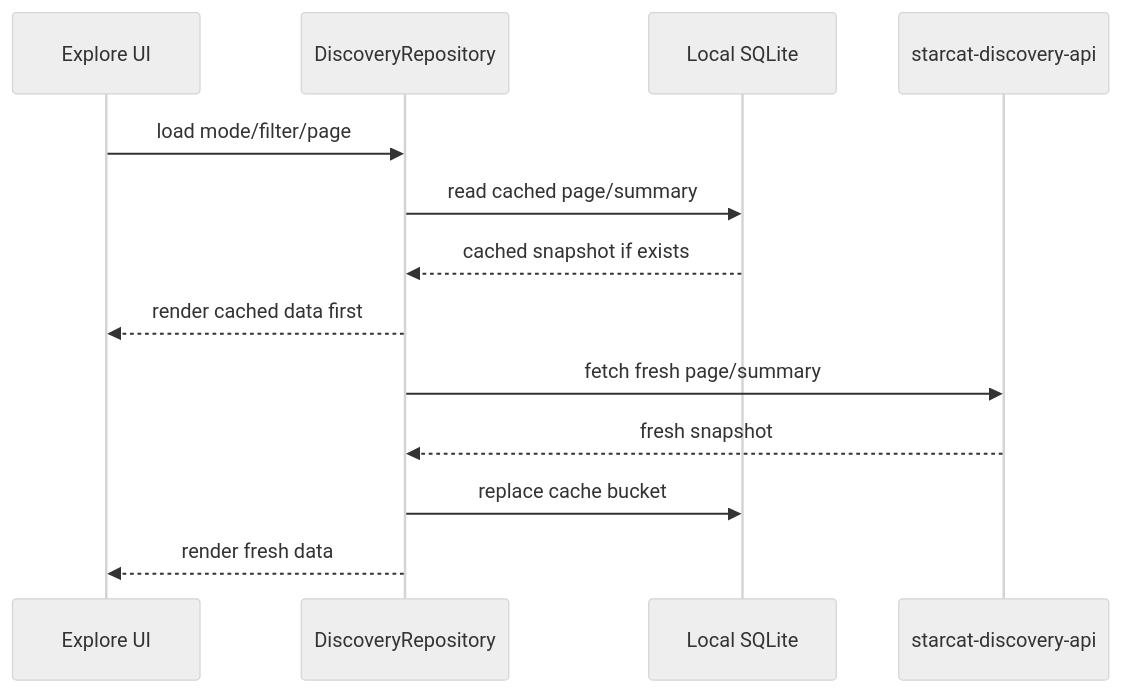
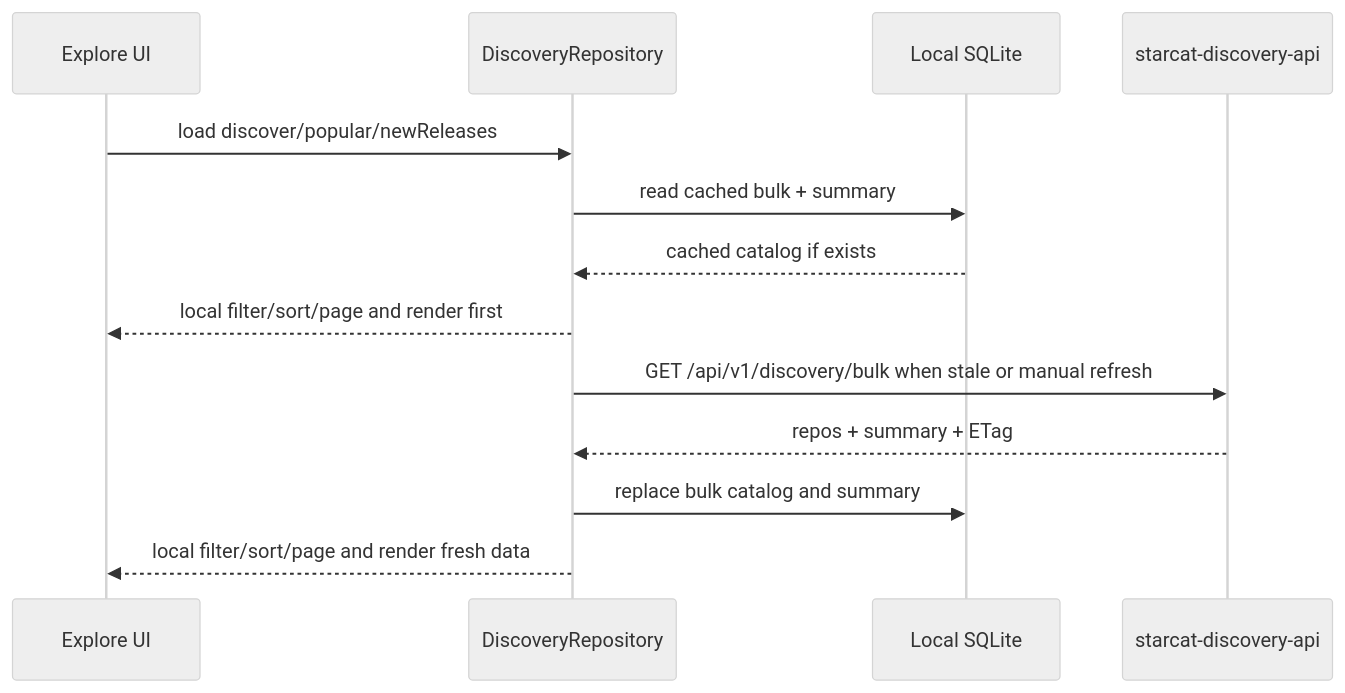
One commit to starcat-app/Starcat changed the third of 5 diagrams in docs/2-产品/需求讨论/正式方案/探索发现与榜单正式方案.md. Above: the diagram before and after it, drawn with Mermaid (neutral theme). The commit also changed other lines of this file and 16 other files, not shown here.

````diff
--- a/docs/2-产品/需求讨论/正式方案/探索发现与榜单正式方案.md
+++ b/docs/2-产品/需求讨论/正式方案/探索发现与榜单正式方案.md
@@ -186,16 +185,16 @@
 ```mermaid
 sequenceDiagram
     participant UI as Explore UI
     participant Repo as DiscoveryRepository
     participant DB as Local SQLite
     participant API as starcat-discovery-api
 
-    UI->>Repo: load mode/filter/page
-    Repo->>DB: read cached page/summary
-    DB-->>Repo: cached snapshot if exists
-    Repo-->>UI: render cached data first
-    Repo->>API: fetch fresh page/summary
-    API-->>Repo: fresh snapshot
-    Repo->>DB: replace cache bucket
-    Repo-->>UI: render fresh data
+    UI->>Repo: load discover/popular/newReleases
+    Repo->>DB: read cached bulk + summary
+    DB-->>Repo: cached catalog if exists
+    Repo-->>UI: local filter/sort/page and render first
+    Repo->>API: GET /api/v1/discovery/bulk when stale or manual refresh
+    API-->>Repo: repos + summary + ETag
+    Repo->>DB: replace bulk catalog and summary
+    Repo-->>UI: local filter/sort/page and render fresh data
 ```
````
